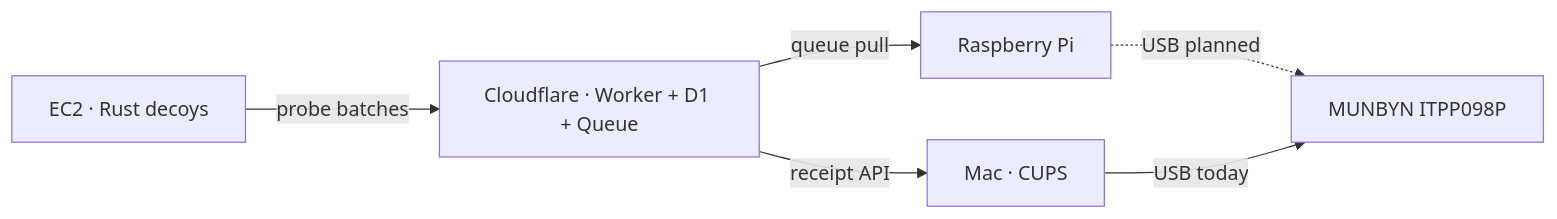
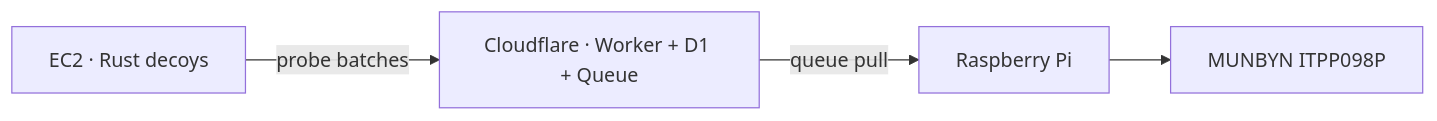
The diagram in README.md (ostrowr/honeyprinter), drawn with Mermaid before and after one commit. The commit also changed other lines of this file, not shown here.

Commit message:
Keep the README architecture focused on Raspberry Pi

````diff
--- a/README.md
+++ b/README.md
@@ -7,8 +7,6 @@
 ```mermaid
 flowchart LR
   EC2[EC2 · Rust decoys] -->|probe batches| CF[Cloudflare · Worker + D1 + Queue]
   CF -->|queue pull| Pi[Raspberry Pi]
-  Pi -.->|USB planned| Printer[MUNBYN ITPP098P]
-  CF -->|receipt API| Mac[Mac · CUPS]
-  Mac -->|USB today| Printer
+  Pi --> Printer[MUNBYN ITPP098P]
 ```
````
